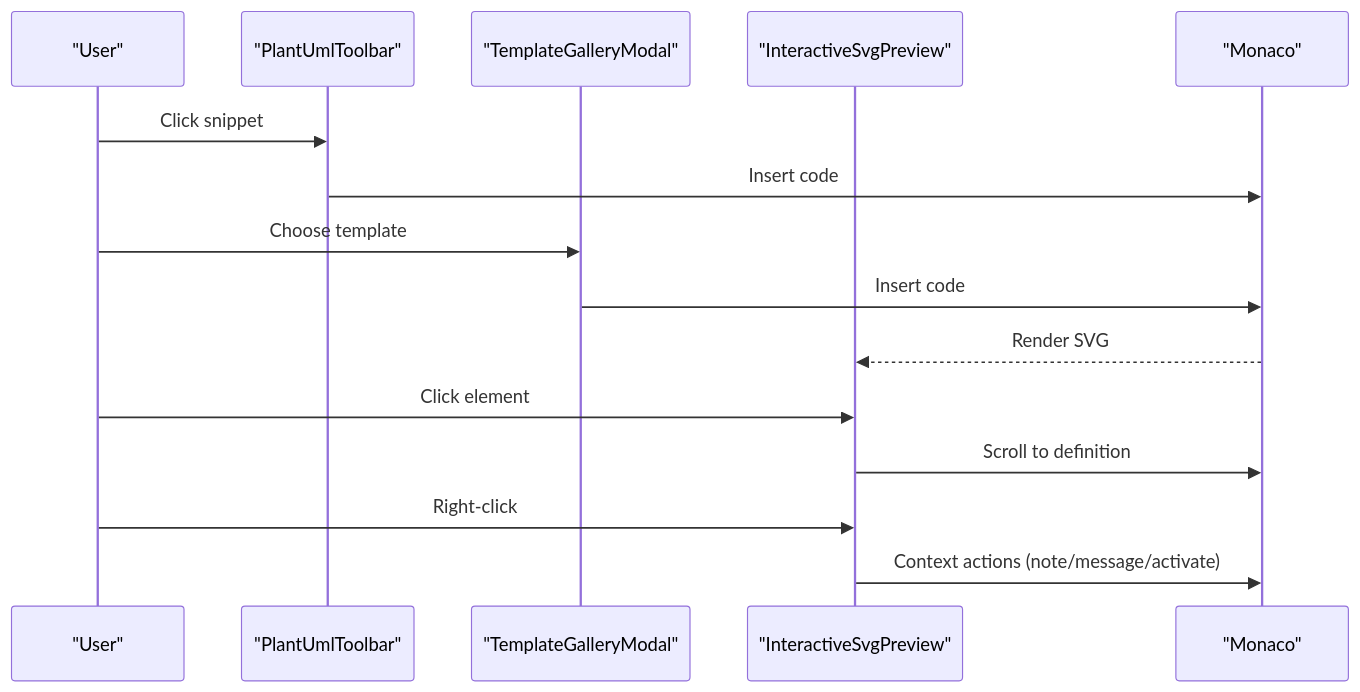
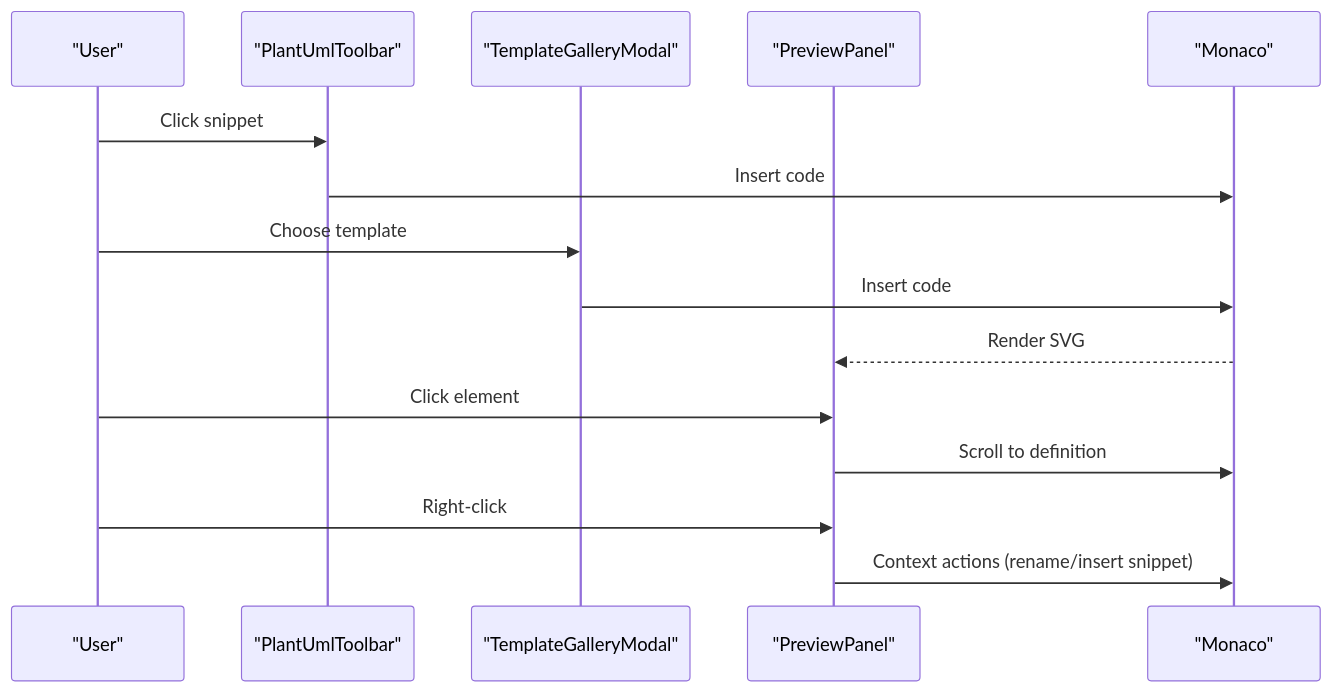
The fifth of 7 diagrams in .qoder/repowiki/en/content/Diagram Types and Formats/Diagram Types and Formats.md (ongchonghian/universal-diagram-editor), drawn with Mermaid before and after one commit. The commit also changed other lines of this file and 31 other files, not shown here.

````diff
--- a/.qoder/repowiki/en/content/Diagram Types and Formats/Diagram Types and Formats.md
+++ b/.qoder/repowiki/en/content/Diagram Types and Formats/Diagram Types and Formats.md
@@ -269,17 +235,17 @@
 ```mermaid
 sequenceDiagram
 participant User as "User"
 participant Toolbar as "PlantUmlToolbar"
 participant Templates as "TemplateGalleryModal"
-participant Preview as "InteractiveSvgPreview"
+participant Preview as "PreviewPanel"
 participant Editor as "Monaco"
 User->>Toolbar : Click snippet
 Toolbar->>Editor : Insert code
 User->>Templates : Choose template
 Templates->>Editor : Insert code
 Editor-->>Preview : Render SVG
 User->>Preview : Click element
 Preview->>Editor : Scroll to definition
 User->>Preview : Right-click
-Preview->>Editor : Context actions (note/message/activate)
+Preview->>Editor : Context actions (rename/insert snippet)
 ```
````
